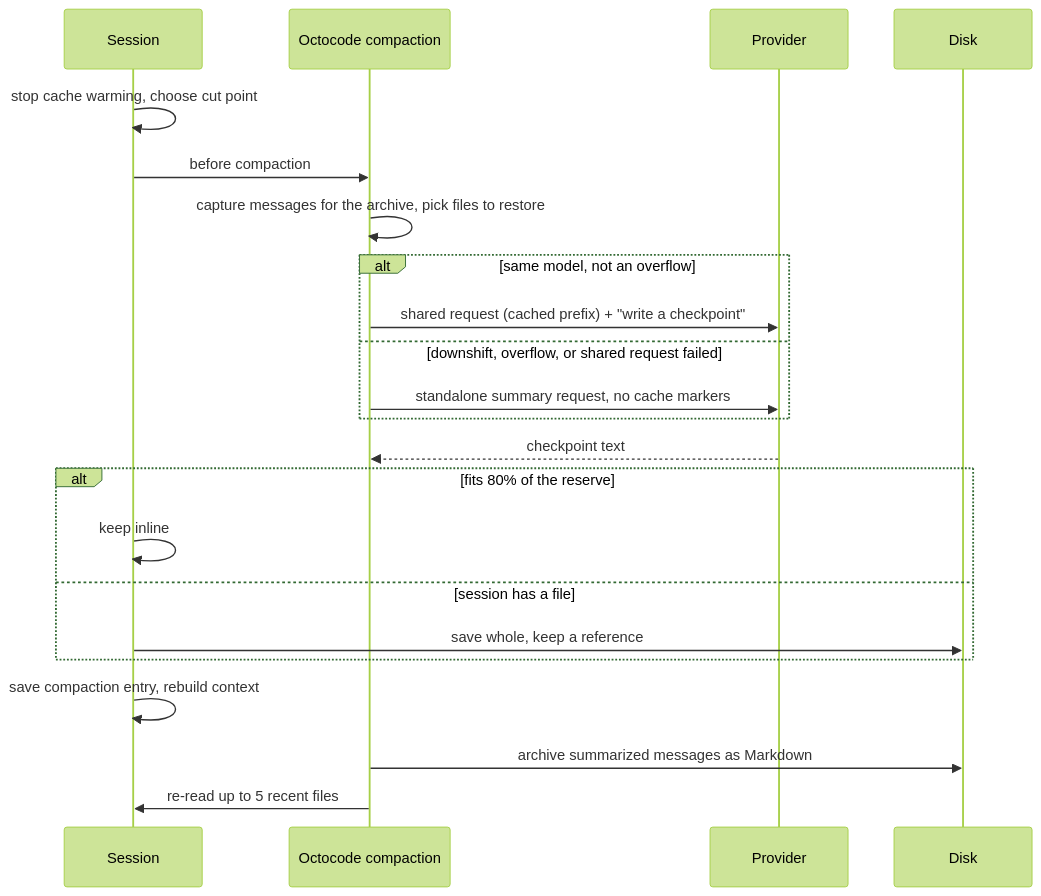
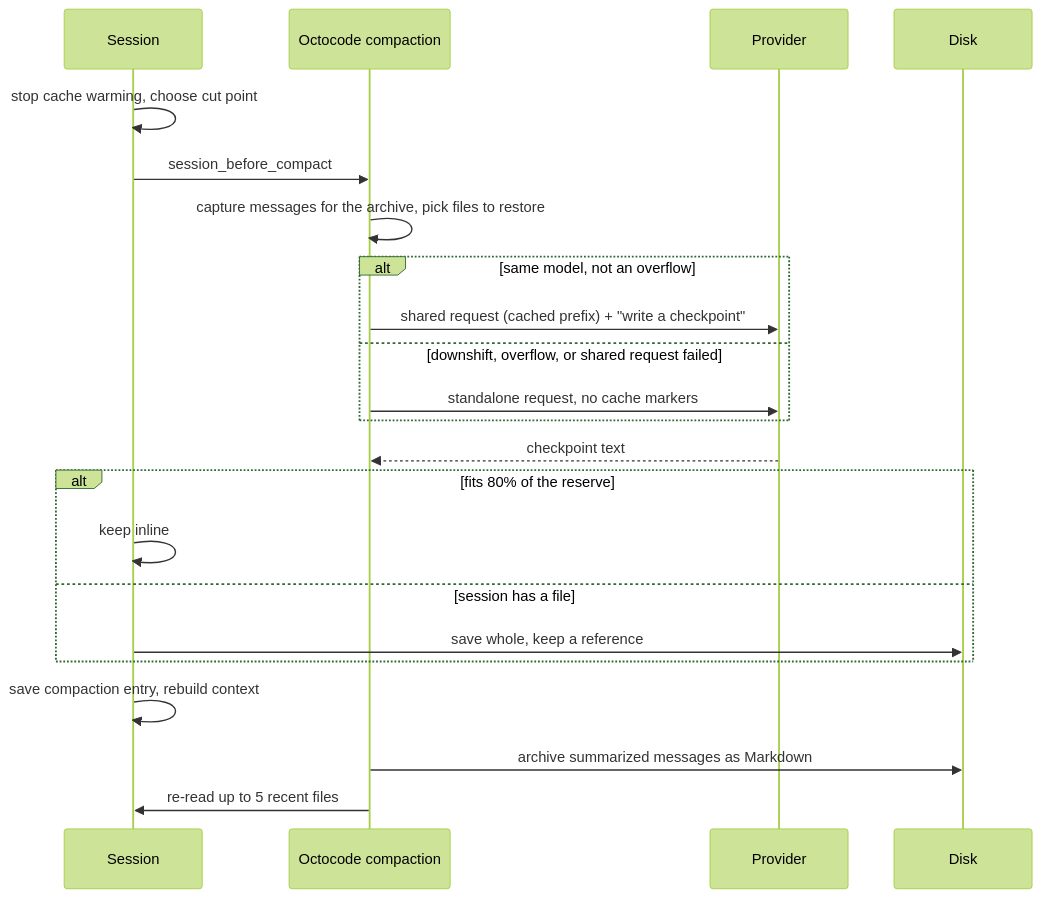
Before and after one commit to bgauryy/octocode-coding-agent: the second of 2 diagrams in docs/CONTEXT.md, drawn with Mermaid (forest theme). The commit also changed other lines of this file and 413 other files, not shown here.

````diff
--- a/docs/CONTEXT.md
+++ b/docs/CONTEXT.md
@@ -123,24 +110,24 @@
 ```mermaid
 sequenceDiagram
     participant S as Session
     participant X as Octocode compaction
     participant P as Provider
     participant D as Disk
     S->>S: stop cache warming, choose cut point
-    S->>X: before compaction
+    S->>X: session_before_compact
     X->>X: capture messages for the archive, pick files to restore
     alt same model, not an overflow
         X->>P: shared request (cached prefix) + "write a checkpoint"
     else downshift, overflow, or shared request failed
-        X->>P: standalone summary request, no cache markers
+        X->>P: standalone request, no cache markers
     end
     P-->>X: checkpoint text
     alt fits 80% of the reserve
         S->>S: keep inline
     else session has a file
         S->>D: save whole, keep a reference
     end
     S->>S: save compaction entry, rebuild context
     X->>D: archive summarized messages as Markdown
     X->>S: re-read up to 5 recent files
 ```
````
